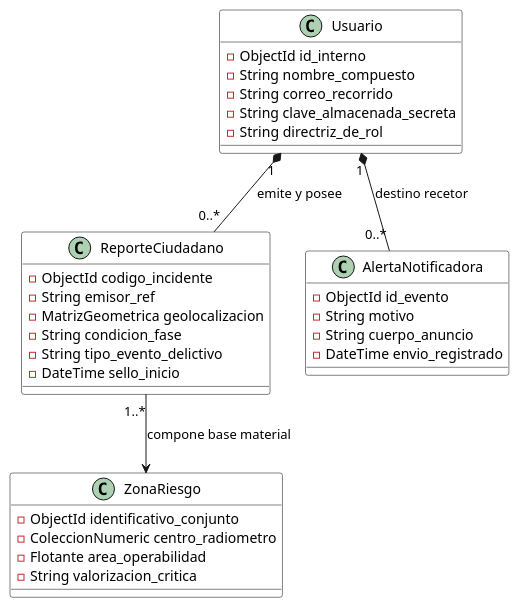
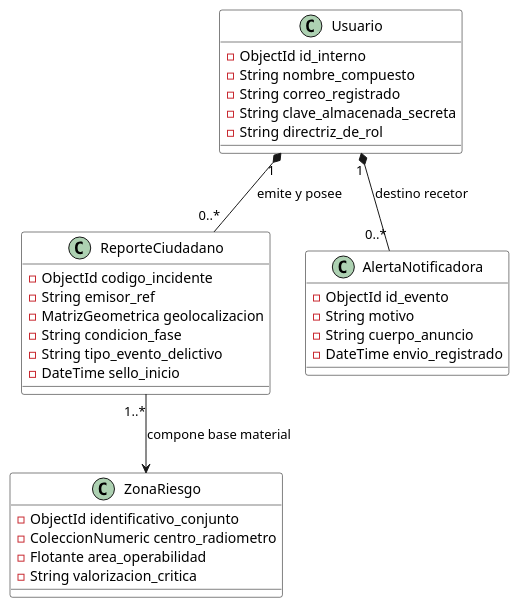
One commit to pieroalexanderppc/sgeo_pp changed the eighth of 8 diagrams in docs/FD03-EPIS-Informe SRS de Proyecto.md. Above: the diagram before and after it, drawn with PlantUML. The commit also changed other lines of this file and 27 other files, not shown here.

````diff
--- a/docs/FD03-EPIS-Informe SRS de Proyecto.md
+++ b/docs/FD03-EPIS-Informe SRS de Proyecto.md
@@ -549,45 +560,45 @@
 ```plantuml
 @startuml
 skinparam shadowing false
 skinparam roundcorner 5
 skinparam class {
     BackgroundColor white
     BorderColor black
 }
 
 class Usuario {
   - ObjectId id_interno
   - String nombre_compuesto
-  - String correo_recorrido
+  - String correo_registrado
   - String clave_almacenada_secreta
   - String directriz_de_rol
 }
 
 class ReporteCiudadano {
   - ObjectId codigo_incidente
   - String emisor_ref
   - MatrizGeometrica geolocalizacion
   - String condicion_fase
   - String tipo_evento_delictivo
   - DateTime sello_inicio
 }
 
 class ZonaRiesgo {
   - ObjectId identificativo_conjunto
   - ColeccionNumeric centro_radiometro
   - Flotante area_operabilidad
   - String valorizacion_critica
 }
 
 class AlertaNotificadora {
   - ObjectId id_evento
   - String motivo
   - String cuerpo_anuncio
   - DateTime envio_registrado
 }
 
 Usuario "1" *-- "0..*" ReporteCiudadano : emite y posee
 Usuario "1" *-- "0..*" AlertaNotificadora : destino recetor
 ReporteCiudadano "1..*" --> ZonaRiesgo : compone base material
 @enduml
 ```
````
